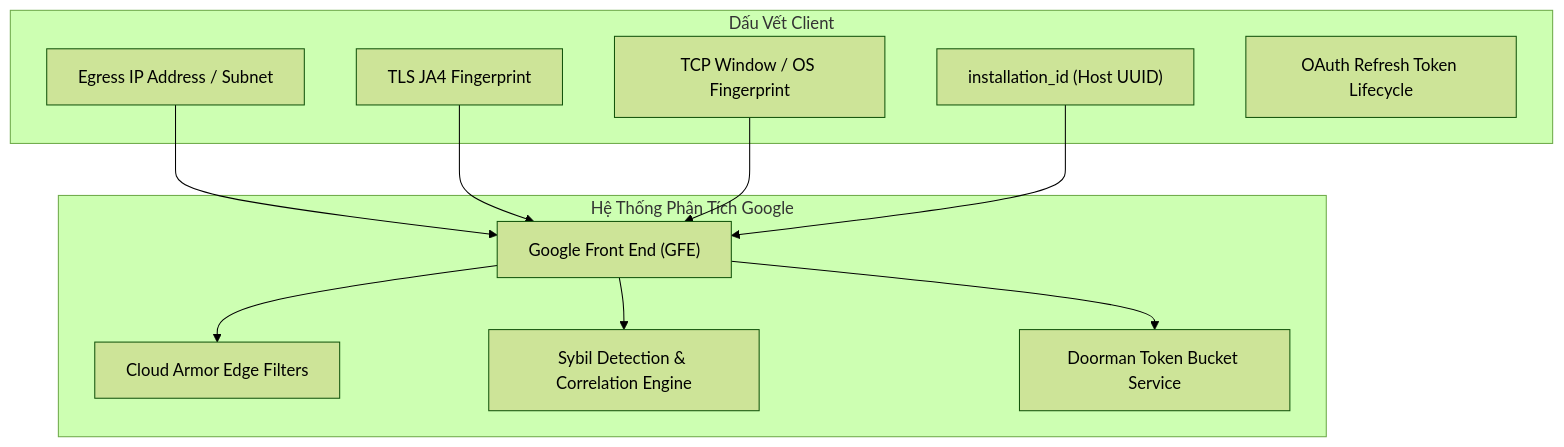
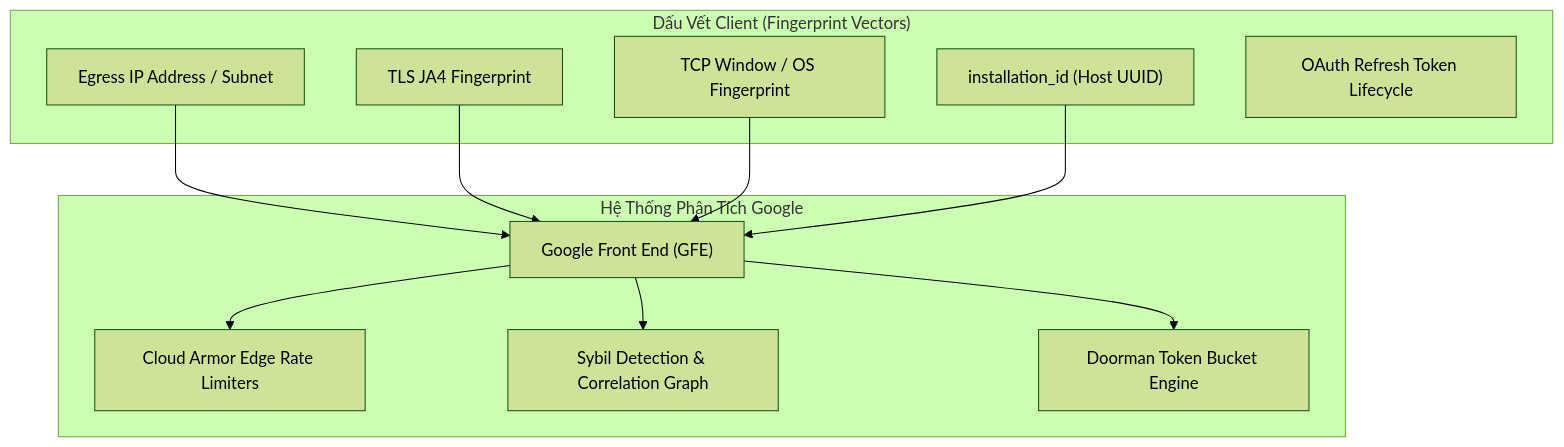
The diagram in docs/ANTI_ABUSE_GUIDE.md (Tc3s/Gr33d-4gy), drawn with Mermaid (forest theme) before and after one commit. The commit also changed other lines of this file and 8 other files, not shown here.

````diff
--- a/docs/ANTI_ABUSE_GUIDE.md
+++ b/docs/ANTI_ABUSE_GUIDE.md
@@ -11,21 +11,21 @@
 ```mermaid
 graph TD
-    subgraph Client["Dấu Vết Client"]
+    subgraph Client["Dấu Vết Client (Fingerprint Vectors)"]
         IP["Egress IP Address / Subnet"]
         JA4["TLS JA4 Fingerprint"]
         TCP["TCP Window / OS Fingerprint"]
         HostID["installation_id (Host UUID)"]
         Token["OAuth Refresh Token Lifecycle"]
     end
 
     subgraph Google["Hệ Thống Phân Tích Google"]
         GFE["Google Front End (GFE)"]
-        Armor["Cloud Armor Edge Filters"]
-        Sybil["Sybil Detection & Correlation Engine"]
-        QuotaMgr["Doorman Token Bucket Service"]
+        Armor["Cloud Armor Edge Rate Limiters"]
+        Sybil["Sybil Detection & Correlation Graph"]
+        QuotaMgr["Doorman Token Bucket Engine"]
     end
 
     IP & JA4 & TCP & HostID --> GFE
     GFE --> Armor & Sybil
     GFE --> QuotaMgr
 ```
````
